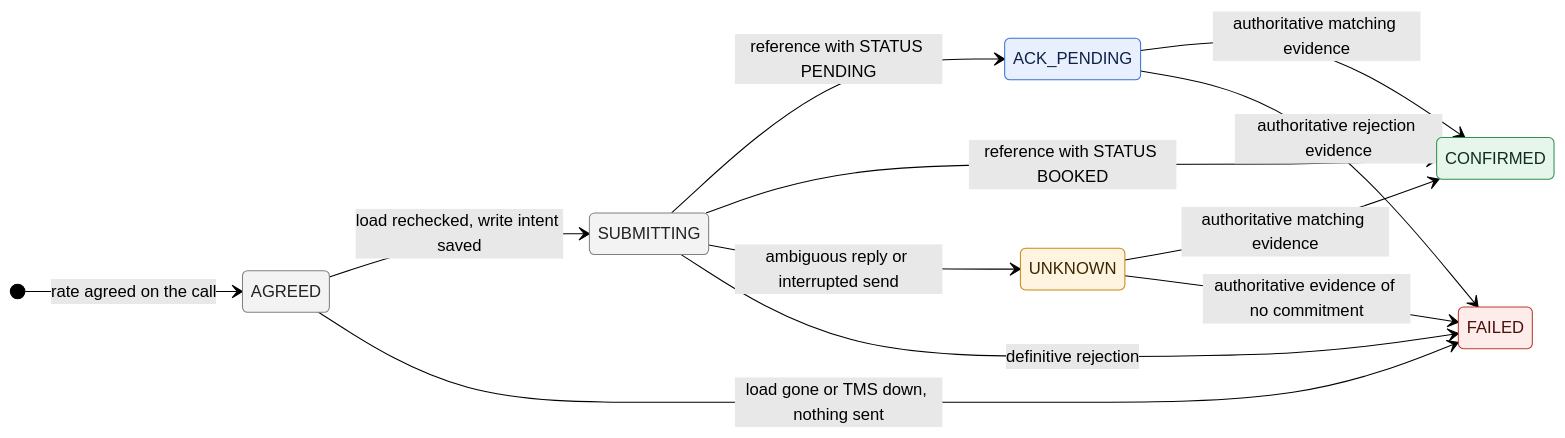
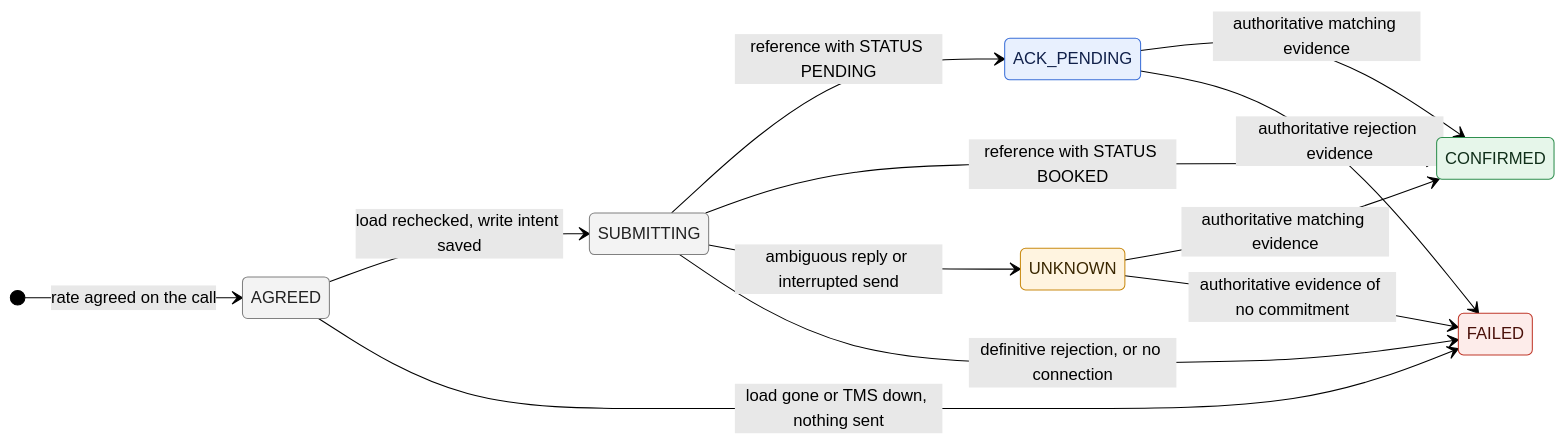
Before and after one commit to sgon0181/happyrobot-inbound-carrier-sales: the third of 3 diagrams in ARCHITECTURE.md, drawn with Mermaid (forest theme). The commit also changed other lines of this file and 8 other files, not shown here.

First line of the commit message:
docs: architecture v2.5 from Codex's live findings

````diff
--- a/ARCHITECTURE.md
+++ b/ARCHITECTURE.md
@@ -290,26 +295,26 @@
 ```mermaid
 stateDiagram-v2
     direction LR
     [*] --> AGREED: rate agreed on the call
     AGREED --> SUBMITTING: load rechecked, write intent saved
     AGREED --> FAILED: load gone or TMS down, nothing sent
     SUBMITTING --> ACK_PENDING: reference with STATUS PENDING
     SUBMITTING --> CONFIRMED: reference with STATUS BOOKED
     SUBMITTING --> UNKNOWN: ambiguous reply or interrupted send
-    SUBMITTING --> FAILED: definitive rejection
+    SUBMITTING --> FAILED: definitive rejection, or no connection
     ACK_PENDING --> CONFIRMED: authoritative matching evidence
     UNKNOWN --> CONFIRMED: authoritative matching evidence
     ACK_PENDING --> FAILED: authoritative rejection evidence
     UNKNOWN --> FAILED: authoritative evidence of no commitment
 
     classDef good fill:#e6f6ea,stroke:#2f8f4e,color:#0f2e19
     classDef bad fill:#fdecea,stroke:#c0392b,color:#4a1009
     classDef review fill:#fff4e0,stroke:#c98a12,color:#3a2700
     classDef waiting fill:#e8f0fe,stroke:#3b6fd8,color:#10204a
     classDef closed fill:#f3f3f3,stroke:#808080,color:#222
     class CONFIRMED good
     class FAILED bad
     class UNKNOWN review
     class ACK_PENDING waiting
     class AGREED,SUBMITTING closed
 ```
````
